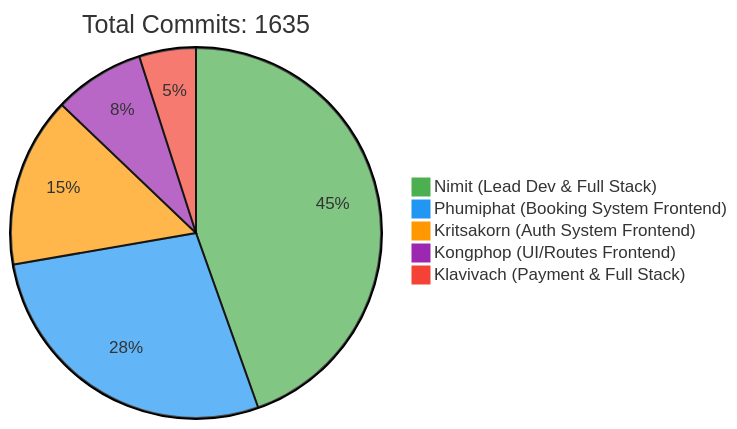
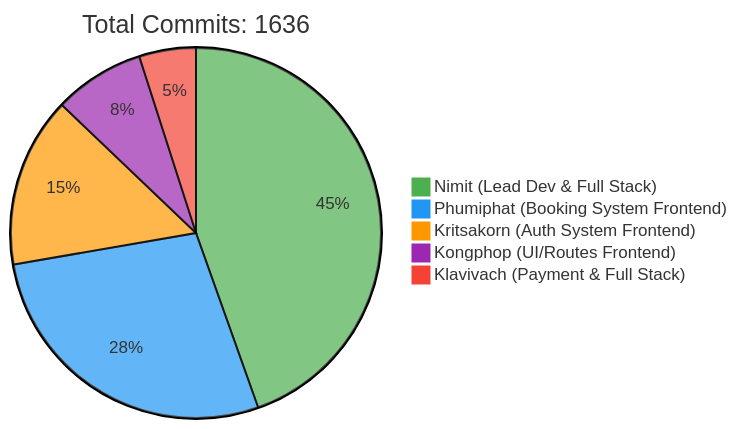
Before and after one commit to 6531503042/Sport-Complex: the first of 2 diagrams in README.md, drawn with Mermaid. The commit also changed other lines of this file, not shown here.

Commit message:
docs: Update contributor statistics [skip ci]

````diff
--- a/README.md
+++ b/README.md
@@ -257,10 +257,10 @@
 ```mermaid
 %%{init: {'theme': 'base', 'themeVariables': { 'pie1': '#4CAF50', 'pie2': '#2196F3', 'pie3': '#FF9800', 'pie4': '#9C27B0', 'pie5': '#F44336'}}}%%
 pie
-    title Total Commits: 1635
+    title Total Commits: 1636
     "Nimit (Lead Dev & Full Stack)" : 450
     "Phumiphat (Booking System Frontend)" : 280
     "Kritsakorn (Auth System Frontend)" : 150
     "Kongphop (UI/Routes Frontend)" : 80
     "Klavivach (Payment & Full Stack)" : 50
 ```
````
